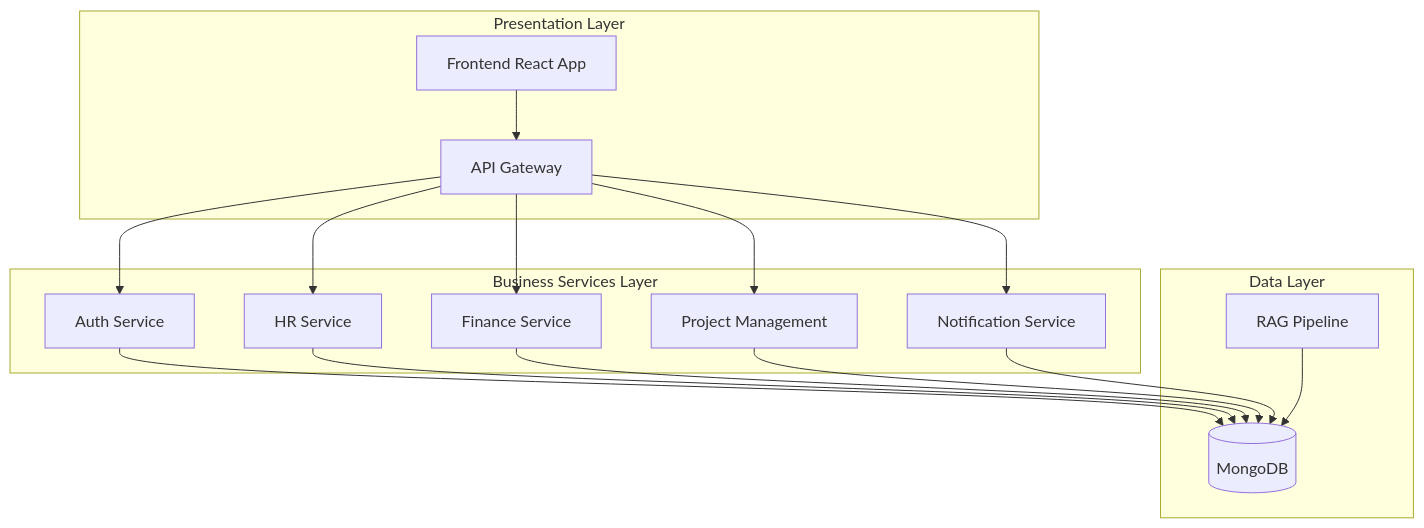
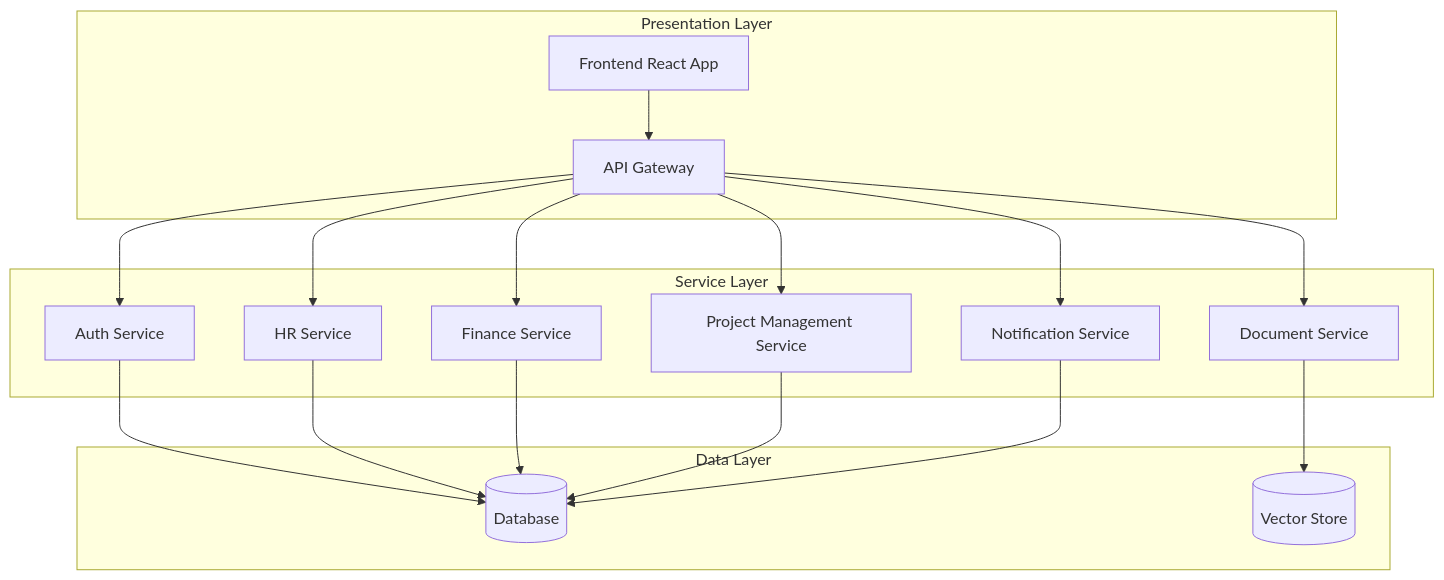
The second of 9 diagrams in .github/instructions/architecture.instructions.md (Mahesh-65/OrganiStation), drawn with Mermaid before and after one commit. The commit also changed other lines of this file and 7 other files, not shown here.

````diff
--- a/.github/instructions/architecture.instructions.md
+++ b/.github/instructions/architecture.instructions.md
@@ -182,34 +133,36 @@
 ```mermaid
 graph TB
     subgraph "Presentation Layer"
         FE[Frontend React App]
         GW[API Gateway]
     end
     
-    subgraph "Business Services Layer"
+    subgraph "Service Layer"
         AUTH[Auth Service]
         HR[HR Service]
         FIN[Finance Service]
-        PM[Project Management]
-        NOT[Notification Service]
+        PM[Project Management Service]
+        DOC[Document Service]
+        NOTIF[Notification Service]
     end
     
     subgraph "Data Layer"
-        DB[(MongoDB)]
-        RAG[RAG Pipeline]
+        DB[(Database)]
+        VECTOR[(Vector Store)]
     end
     
     FE --> GW
     GW --> AUTH
     GW --> HR
     GW --> FIN
     GW --> PM
-    GW --> NOT
+    GW --> DOC
+    GW --> NOTIF
     
     AUTH --> DB
     HR --> DB
     FIN --> DB
     PM --> DB
-    NOT --> DB
-    RAG --> DB
+    DOC --> VECTOR
+    NOTIF --> DB
 ```
````
